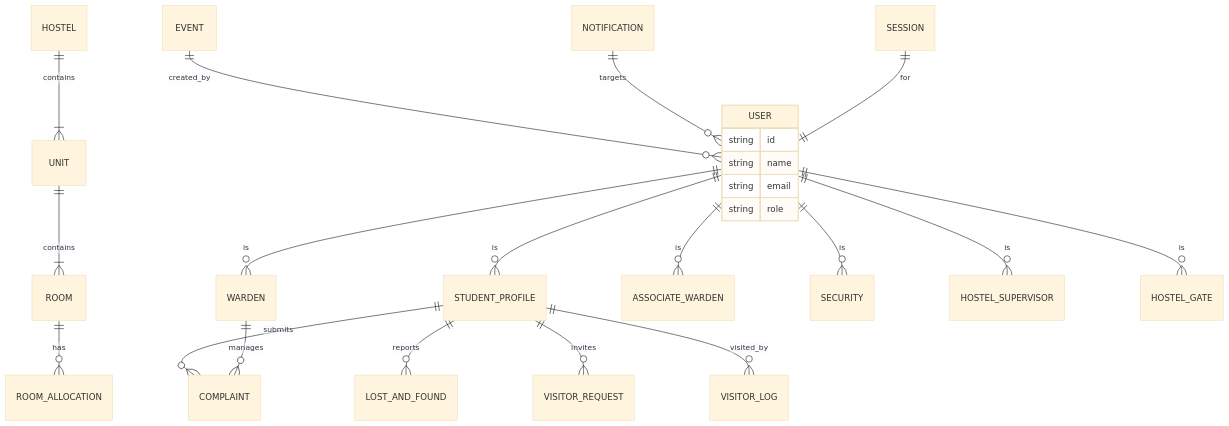
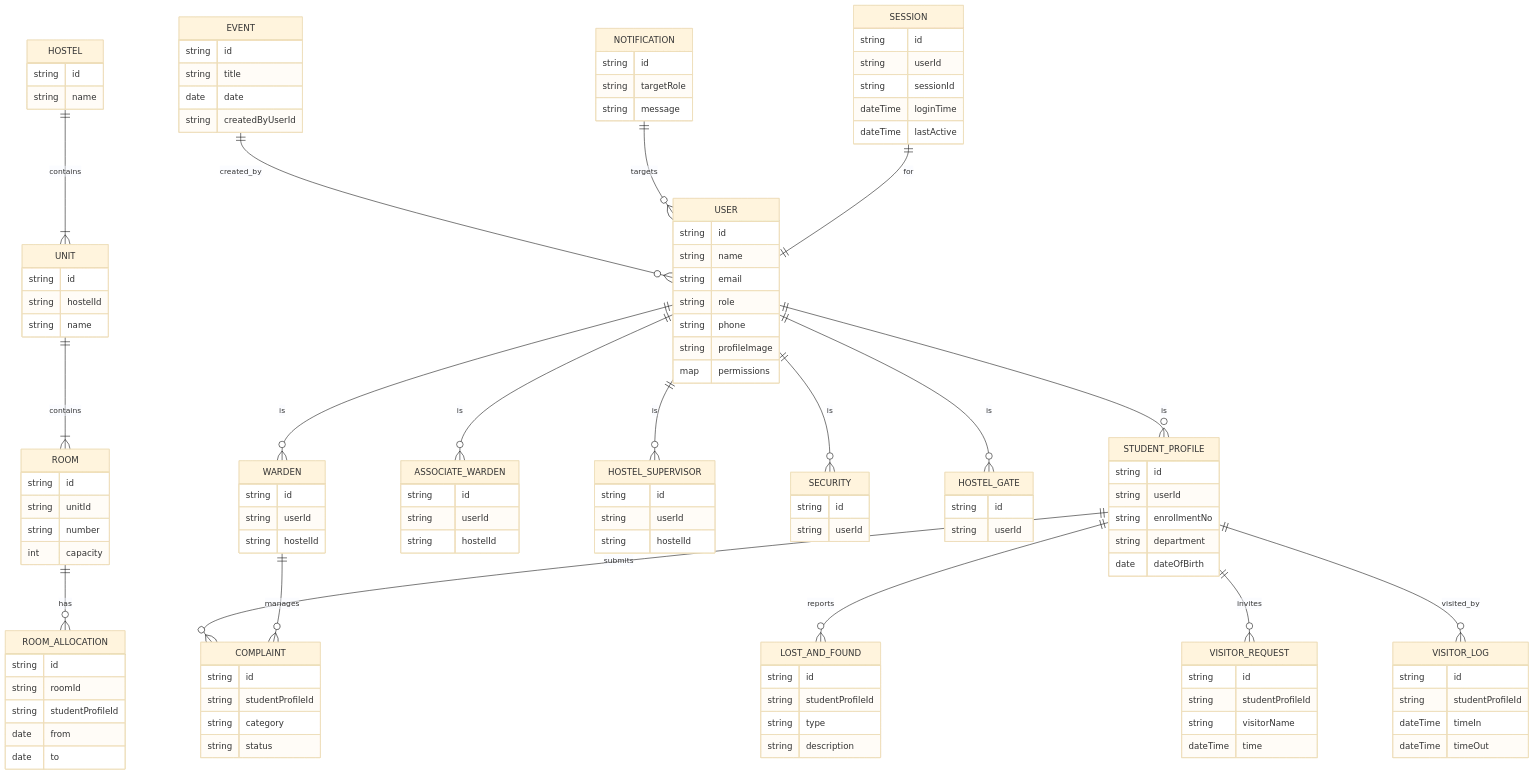
Diagram 13 of 14 in srs.md (thisisdkyadav/hostel-management-system-backend), drawn with Mermaid (base theme) before and after one commit. The commit also changed other lines of this file, not shown here.

Commit message:
feat: Expand Software Requirements Specification (SRS) with Role-wise Access Diagrams and Detailed ER Diagram
- Added role-wise access diagrams for Student, Warden, Admin, and other roles, illustrating default permissions and route-derived access.
- Updated the ER diagram section to provide a detailed view of entities and their relationships, including new attributes for users and various roles.
- Enhanced documentation clarity and comprehensiveness for better understanding of the system's access control and data structure.

```diff
--- a/srs.md
+++ b/srs.md
@@ -470,6 +536,120 @@
     string name
     string email
     string role
+    string phone
+    string profileImage
+    map permissions
+  }
+
+  STUDENT_PROFILE {
+    string id
+    string userId
+    string enrollmentNo
+    string department
+    date dateOfBirth
+  }
+
+  WARDEN {
+    string id
+    string userId
+    string hostelId
+  }
+
+  ASSOCIATE_WARDEN {
+    string id
+    string userId
+    string hostelId
+  }
+
+  HOSTEL_SUPERVISOR {
+    string id
+    string userId
+    string hostelId
+  }
+
+  SECURITY {
+    string id
+    string userId
+  }
+
+  HOSTEL_GATE {
+    string id
+    string userId
+  }
+
+  HOSTEL {
+    string id
+    string name
+  }
+
+  UNIT {
+    string id
+    string hostelId
+    string name
+  }
+
+  ROOM {
+    string id
+    string unitId
+    string number
+    int capacity
+  }
+
+  ROOM_ALLOCATION {
+    string id
+    string roomId
+    string studentProfileId
+    date from
+    date to
+  }
+
+  COMPLAINT {
+    string id
+    string studentProfileId
+    string category
+    string status
+  }
+
+  LOST_AND_FOUND {
+    string id
+    string studentProfileId
+    string type
+    string description
+  }
+
+  EVENT {
+    string id
+    string title
+    date date
+    string createdByUserId
+  }
+
+  NOTIFICATION {
+    string id
+    string targetRole
+    string message
+  }
+
+  VISITOR_REQUEST {
+    string id
+    string studentProfileId
+    string visitorName
+    dateTime time
+  }
+
+  VISITOR_LOG {
+    string id
+    string studentProfileId
+    dateTime timeIn
+    dateTime timeOut
+  }
+
+  SESSION {
+    string id
+    string userId
+    string sessionId
+    dateTime loginTime
+    dateTime lastActive
   }
 
   HOSTEL ||--|{ UNIT : contains
```
